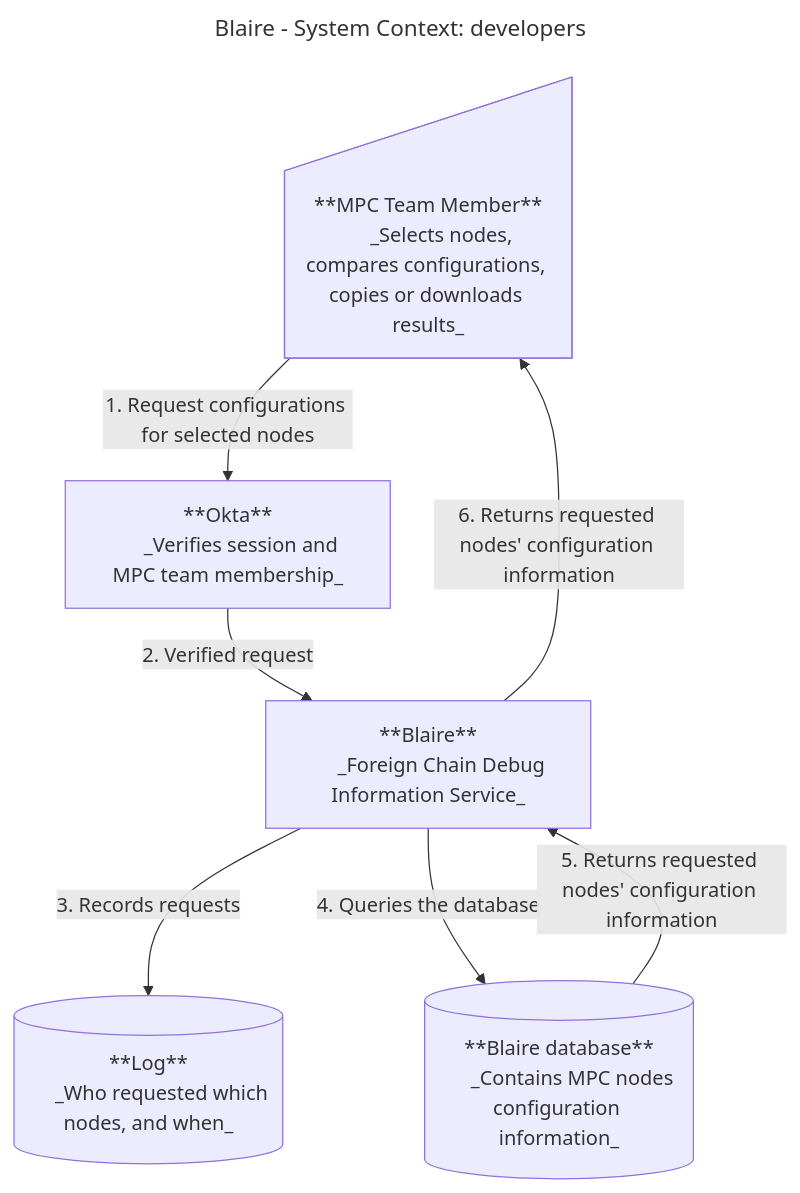
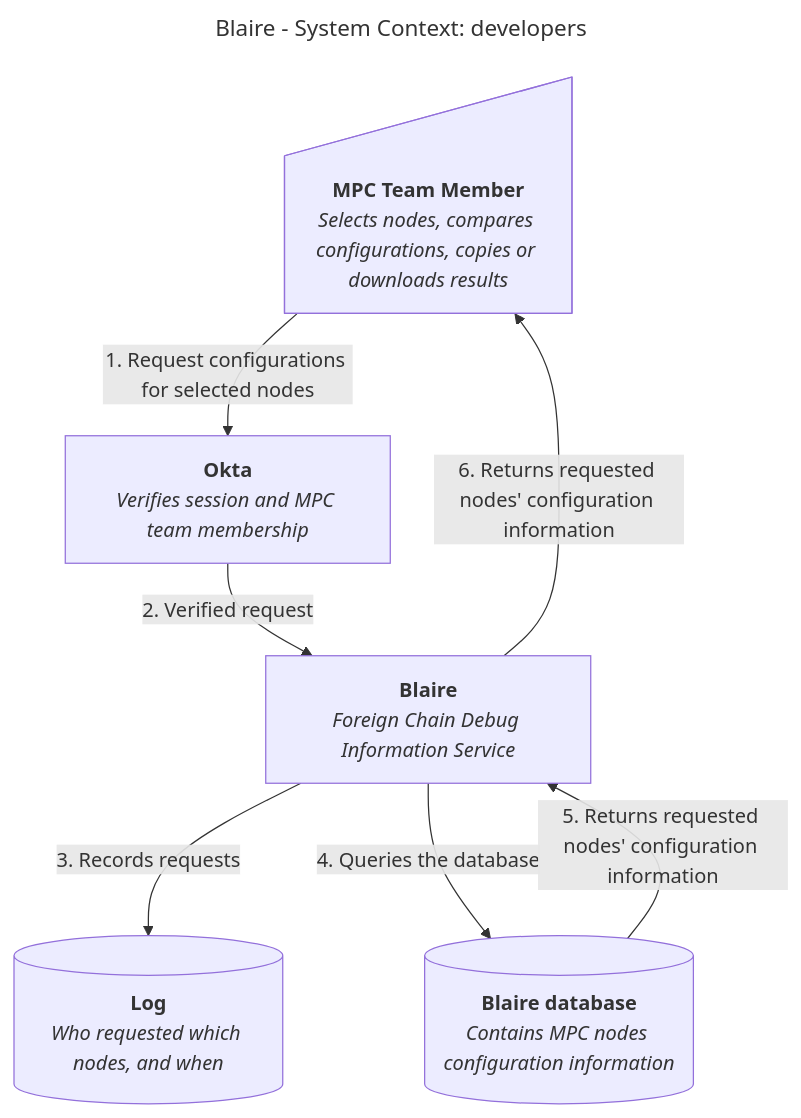
Before and after one commit to near/mpc: the second of 2 diagrams in docs/design/debug-information-service-blaire.md, drawn with Mermaid. The commit also changed other lines of this file, not shown here.

````diff
--- a/docs/design/debug-information-service-blaire.md
+++ b/docs/design/debug-information-service-blaire.md
@@ -58,33 +57,33 @@
 ```mermaid
 ---
 title: "Blaire - System Context: developers"
 ---
 flowchart TD
-    DEV["**MPC Team Member**
-      _Selects nodes, compares configurations, copies or downloads results_"]
+    DEV["`**MPC Team Member**
+      _Selects nodes, compares configurations, copies or downloads results_`"]
 
-    AUTH["**Okta**
-      _Verifies session and MPC team membership_"]
+    AUTH["`**Okta**
+      _Verifies session and MPC team membership_`"]
 
-    BL["**Blaire**
-      _Foreign Chain Debug Information Service_"]
+    BL["`**Blaire**
+      _Foreign Chain Debug Information Service_`"]
 
-    LOG["**Log**
-      _Who requested which nodes, and when_"]
+    LOG["`**Log**
+      _Who requested which nodes, and when_`"]
 
-    DB["**Blaire database**
-      _Contains MPC nodes configuration information_"]
+    DB["`**Blaire database**
+      _Contains MPC nodes configuration information_`"]
 
     DEV -->|"1. Request configurations for selected nodes"| AUTH
     AUTH -->|"2. Verified request"| BL
     BL -->|"3. Records requests"| LOG
     BL -->|"4. Queries the database"| DB
     DB -->|"5. Returns requested nodes' configuration information"|BL
     BL -->|"6. Returns requested nodes' configuration information"| DEV
 
     DEV@{ shape: manual-input}
     AUTH@{ shape: proc}
     BL@{ shape: proc}
     LOG@{ shape: db}
     DB@{ shape: db}
 ```
````
